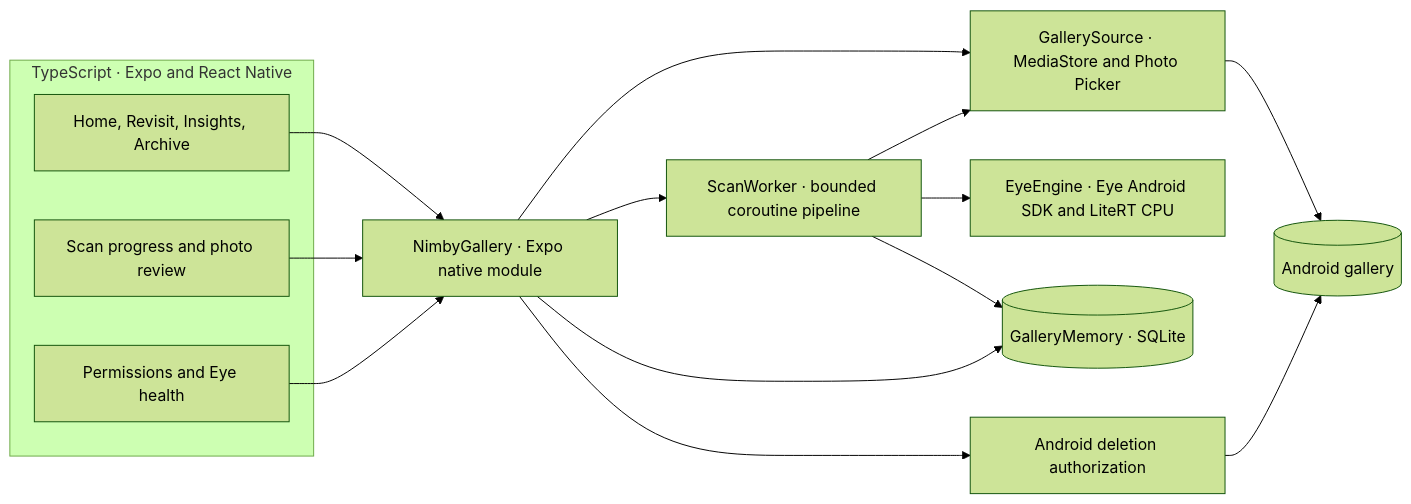
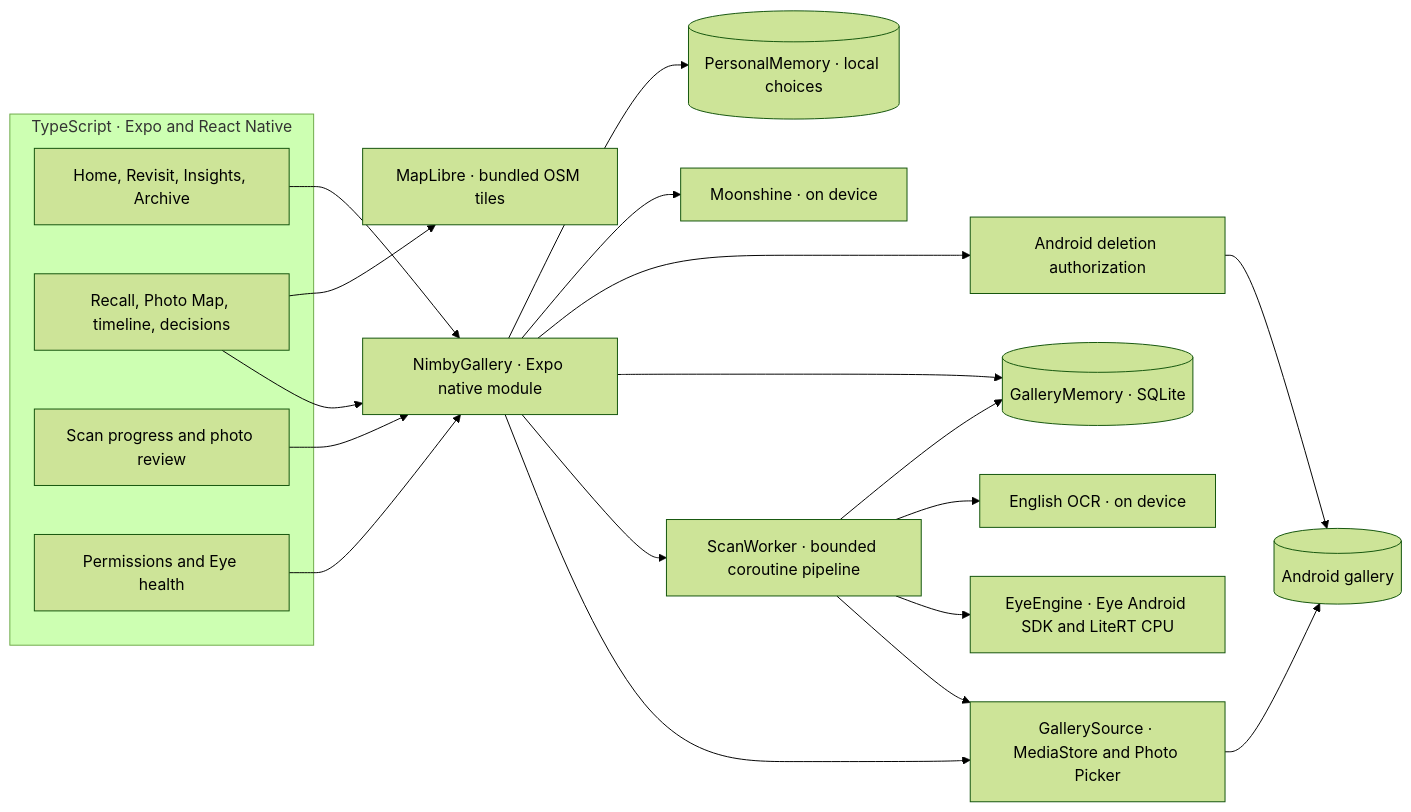
One commit to harishkotra/nimby changed the first of 2 diagrams in README.md. Above: the diagram before and after it, drawn with Mermaid (forest theme). The commit also changed other lines of this file and 24 other files, not shown here.

Commit message:
Integrate offline photo memory, voice Recall, and personal intelligence

````diff
--- a/README.md
+++ b/README.md
@@ -20,29 +24,39 @@
 ```mermaid
 flowchart LR
     subgraph UI["TypeScript · Expo and React Native"]
         App["Home, Revisit, Insights, Archive"]
+        Recall["Recall, Photo Map, timeline, decisions"]
         Review["Scan progress and photo review"]
         Settings["Permissions and Eye health"]
     end
 
     Bridge["NimbyGallery · Expo native module"]
     Source["GallerySource · MediaStore and Photo Picker"]
     Worker["ScanWorker · bounded coroutine pipeline"]
     Eye["EyeEngine · Eye Android SDK and LiteRT CPU"]
     DB[("GalleryMemory · SQLite")]
+    OCR["English OCR · on device"]
+    Voice["Moonshine · on device"]
+    Map["MapLibre · bundled OSM tiles"]
+    Feedback[("PersonalMemory · local choices")]
     Gallery[("Android gallery")]
     Delete["Android deletion authorization"]
 
     App --> Bridge
+    Recall --> Bridge
+    Recall --> Map
     Review --> Bridge
     Settings --> Bridge
     Bridge --> Source
     Bridge --> Worker
     Bridge --> DB
     Source --> Gallery
     Worker --> Source
     Worker --> Eye
+    Worker --> OCR
     Worker --> DB
     Bridge --> Delete
+    Bridge --> Voice
+    Bridge --> Feedback
     Delete --> Gallery
 ```
````
